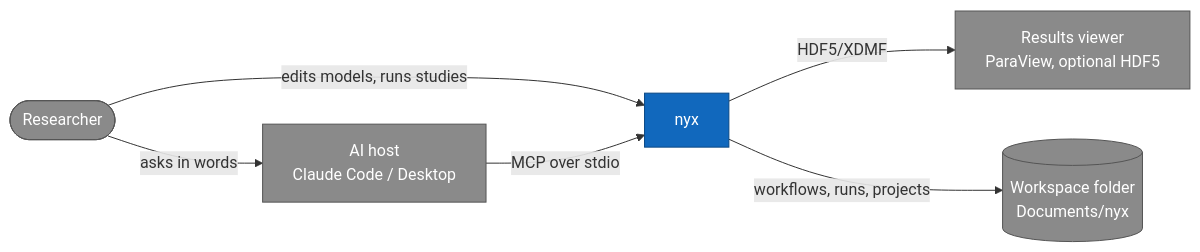
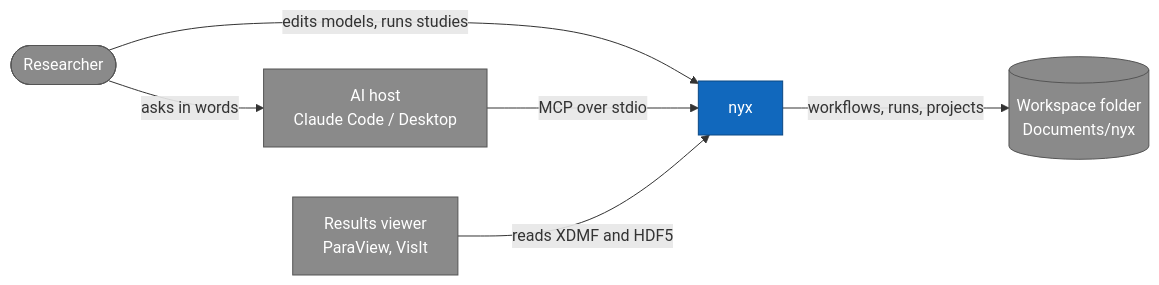
Before and after one commit to p-j-r/nyx: the first of 7 diagrams in docs/architecture/diagrams.md, drawn with Mermaid. The commit also changed other lines of this file and 50 other files, not shown here.

````diff
--- a/docs/architecture/diagrams.md
+++ b/docs/architecture/diagrams.md
@@ -9,15 +9,15 @@
 ```mermaid
 flowchart LR
   classDef ext fill:#8a8a8a,stroke:#555,color:#fff
   classDef sys fill:#1168bd,stroke:#0b4884,color:#fff
   R([Researcher]):::ext
   AI[AI host<br/>Claude Code / Desktop]:::ext
-  V[Results viewer<br/>ParaView, optional HDF5]:::ext
+  V[Results viewer<br/>ParaView, VisIt]:::ext
   W[(Workspace folder<br/>Documents/nyx)]:::ext
   N[nyx]:::sys
   R -->|edits models, runs studies| N
   R -->|asks in words| AI
   AI -->|MCP over stdio| N
-  N -->|HDF5/XDMF| V
+  V -->|reads XDMF and HDF5| N
   N -->|workflows, runs, projects| W
 ```
````
